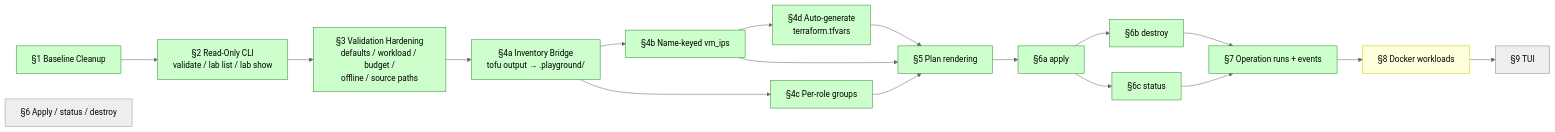
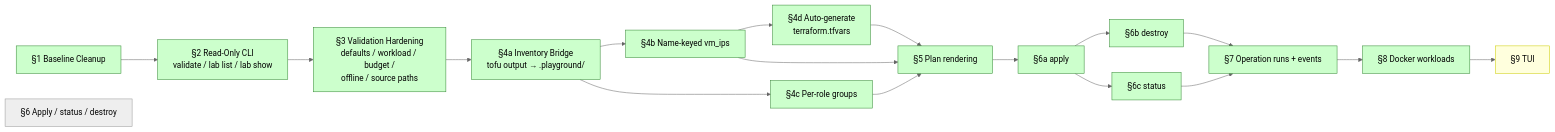
One commit to spicysauce1955-stack/playground changed the seventh of 7 diagrams in docs/system_overview.md. Above: the diagram before and after it, drawn with Mermaid (neutral theme). The commit also changed 12 other files, not shown here.

````diff
--- a/docs/system_overview.md
+++ b/docs/system_overview.md
@@ -362,34 +362,33 @@
 ```mermaid
 flowchart LR
     s1[§1 Baseline Cleanup]
     s2[§2 Read-Only CLI<br/>validate / lab list / lab show]
     s3[§3 Validation Hardening<br/>defaults / workload / budget /<br/>offline / source paths]
     s4a[§4a Inventory Bridge<br/>tofu output → .playground/]
     s4b[§4b Name-keyed vm_ips]
     s4c[§4c Per-role groups]
     s5[§5 Plan rendering]
     s6[§6 Apply / status / destroy]
     s7[§7 Operation runs + events]
     s8[§8 Docker workloads]
     s9[§9 TUI]
 
     s1 --> s2 --> s3 --> s4a --> s4b
     s4a --> s4c
     s4b --> s4d[§4d Auto-generate<br/>terraform.tfvars]
     s4b --> s5
     s4c --> s5
     s4d --> s5
     s5 --> s6a[§6a apply]
     s6a --> s6b[§6b destroy]
     s6a --> s6c[§6c status]
     s6b --> s7
     s6c --> s7
     s7 --> s8 --> s9
 
     classDef done fill:#cfc,stroke:#383
     classDef next fill:#ffd,stroke:#cc0
     classDef queued fill:#eee,stroke:#888
-    class s1,s2,s3,s4a,s4b,s4c,s4d,s5,s6a,s6b,s6c,s7 done
-    class s8 next
-    class s9 queued
+    class s1,s2,s3,s4a,s4b,s4c,s4d,s5,s6a,s6b,s6c,s7,s8 done
+    class s9 next
 ```
````
